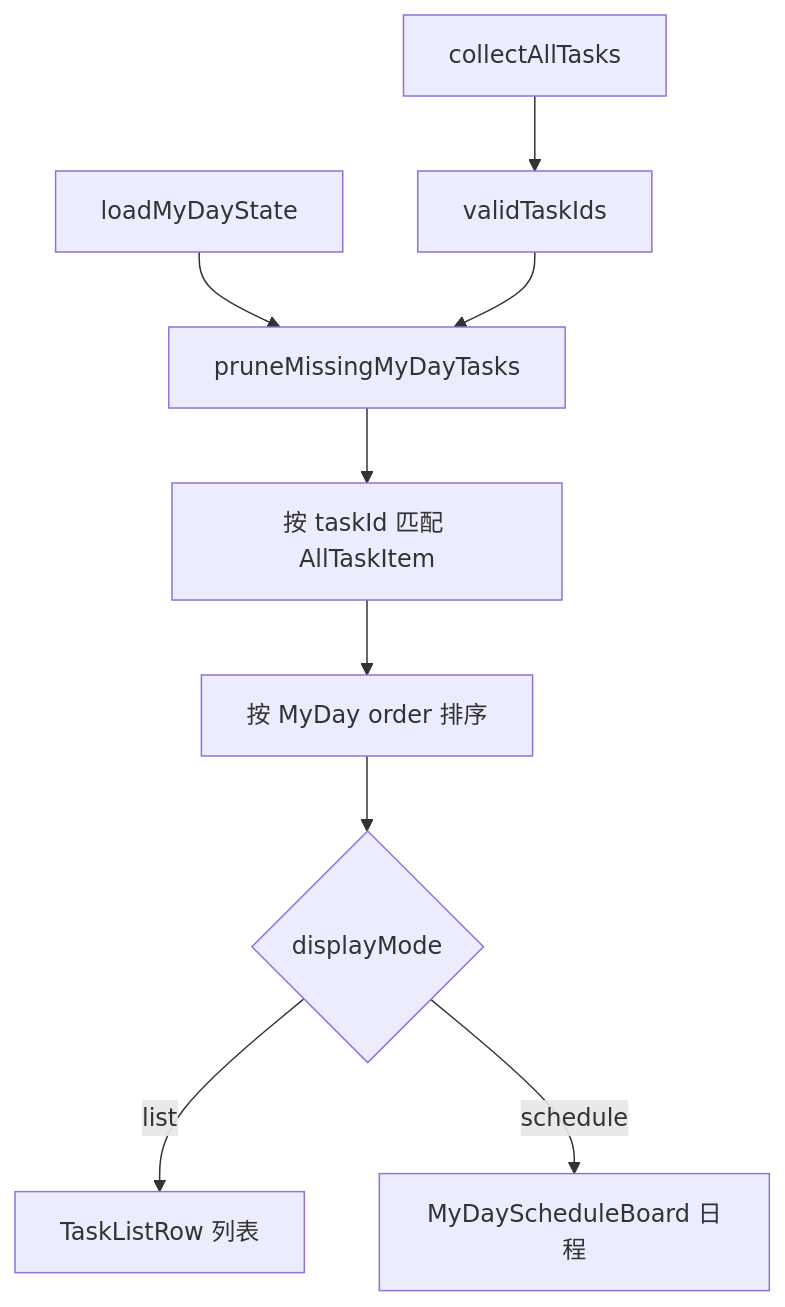
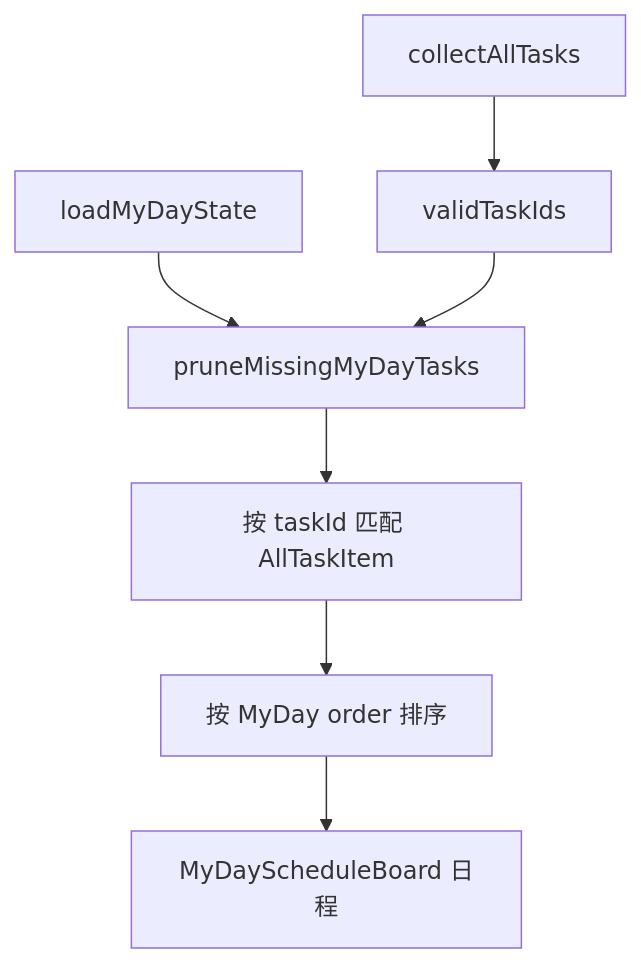
Before and after one commit to litcu/orca-plugin-task-planner: the seventh of 7 diagrams in doc/数据流/06-我的一天数据流.md, drawn with Mermaid. The commit also changed other lines of this file and 5 other files, not shown here.

````diff
--- a/doc/数据流/06-我的一天数据流.md
+++ b/doc/数据流/06-我的一天数据流.md
@@ -142,11 +142,9 @@
 ```mermaid
 flowchart TD
   AllTasks["collectAllTasks"] --> ValidIds["validTaskIds"]
   MyDayState["loadMyDayState"] --> Prune["pruneMissingMyDayTasks"]
   ValidIds --> Prune
   Prune --> Match["按 taskId 匹配 AllTaskItem"]
   Match --> Sort["按 MyDay order 排序"]
-  Sort --> Mode{"displayMode"}
-  Mode -- list --> Rows["TaskListRow 列表"]
-  Mode -- schedule --> Board["MyDayScheduleBoard 日程"]
+  Sort --> Board["MyDayScheduleBoard 日程"]
 ```
````
